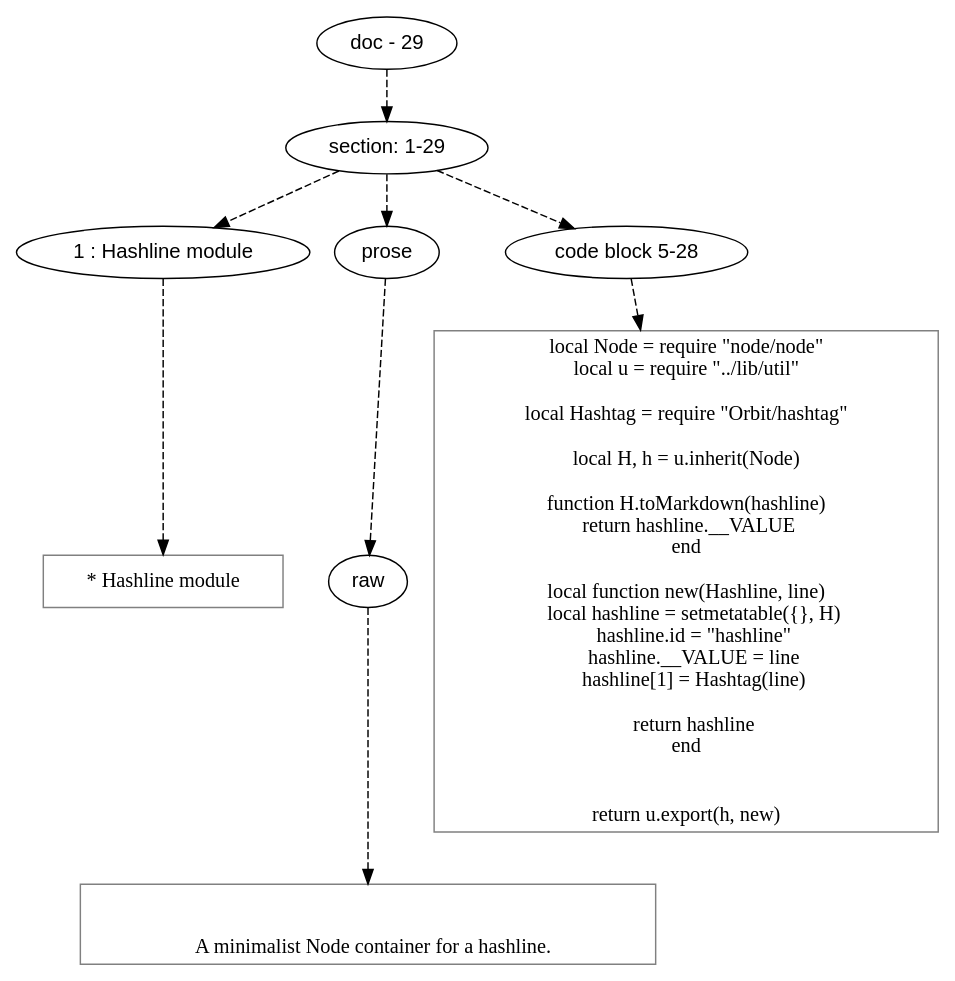
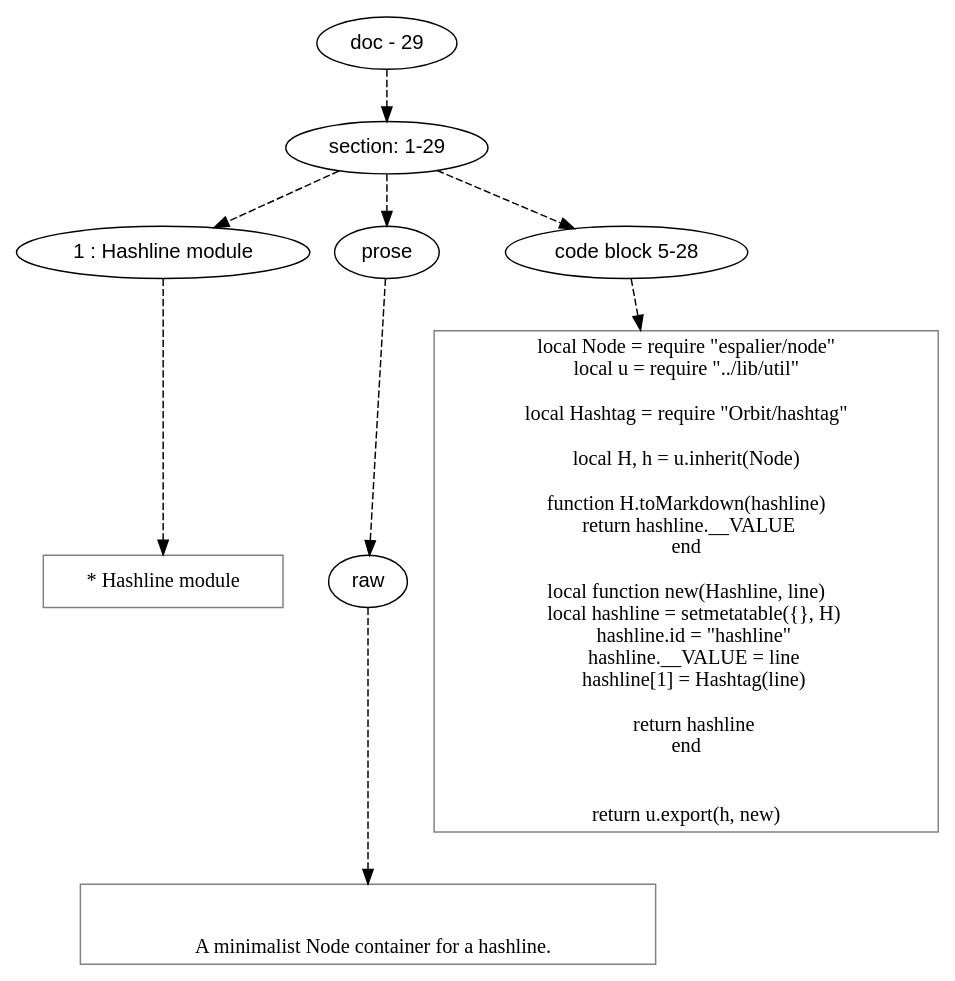
One commit to mnemnion/orb changed the diagram in doc/dot/Orbit/hashline.dot. Above: the diagram before and after it, drawn with Graphviz. The commit also changed 203 other files, not shown here.

Commit message:
Refactor: "node" -> "espalier"

```diff
--- a/doc/dot/Orbit/hashline.dot
+++ b/doc/dot/Orbit/hashline.dot
@@ -1,74 +1,74 @@
 digraph lpegNode {
 
 node [fontname=Helvetica]
 edge [style=dashed]
 
 doc_0 [label="doc - 29"]
 
 
 doc_0 -> { section_1}
 {rank=same; section_1}
 
 section_1 [label="section: 1-29"]
 
 
 // END RANK doc_0
 
 section_1 -> { header_2 prose_3 codeblock_4}
 {rank=same; header_2 prose_3 codeblock_4}
 
 header_2 [label="1 : Hashline module"]
 
 prose_3 [label="prose"]
 
 codeblock_4 [label="code block 5-28"]
 
 
 // END RANK section_1
 
 header_2 -> leaf_5
 leaf_5  [color=Gray,shape=rectangle,fontname=Inconsolata,label=" * Hashline module"]
 // END RANK header_2
 
 prose_3 -> { raw_6}
 {rank=same; raw_6}
 
 raw_6 [label="raw"]
 
 
 // END RANK prose_3
 
 raw_6 -> leaf_7
 leaf_7  [color=Gray,shape=rectangle,fontname=Inconsolata,label="
 
    A minimalist Node container for a hashline.
 "]
 // END RANK raw_6
 
 codeblock_4 -> leaf_8
-leaf_8  [color=Gray,shape=rectangle,fontname=Inconsolata,label="local Node = require \"node/node\"
+leaf_8  [color=Gray,shape=rectangle,fontname=Inconsolata,label="local Node = require \"espalier/node\"
 local u = require \"../lib/util\"
 
 local Hashtag = require \"Orbit/hashtag\"
 
 local H, h = u.inherit(Node)
 
 function H.toMarkdown(hashline)
   return hashline.__VALUE
 end
 
 local function new(Hashline, line)
     local hashline = setmetatable({}, H)
     hashline.id = \"hashline\"
     hashline.__VALUE = line
     hashline[1] = Hashtag(line)
 
-    return hashline 
+    return hashline
 end
 
 
 return u.export(h, new)"]
 // END RANK codeblock_4
 
 
 }
```
